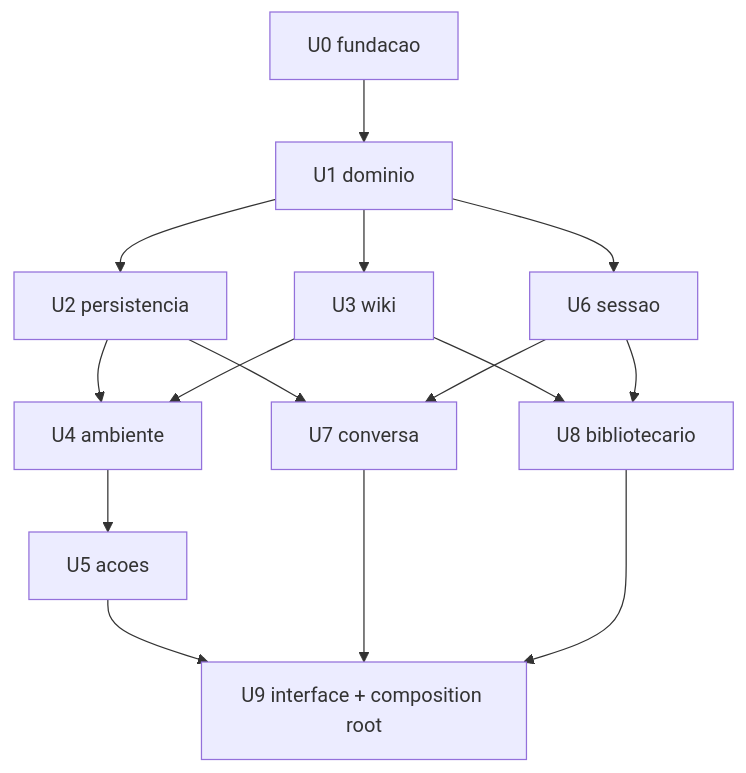
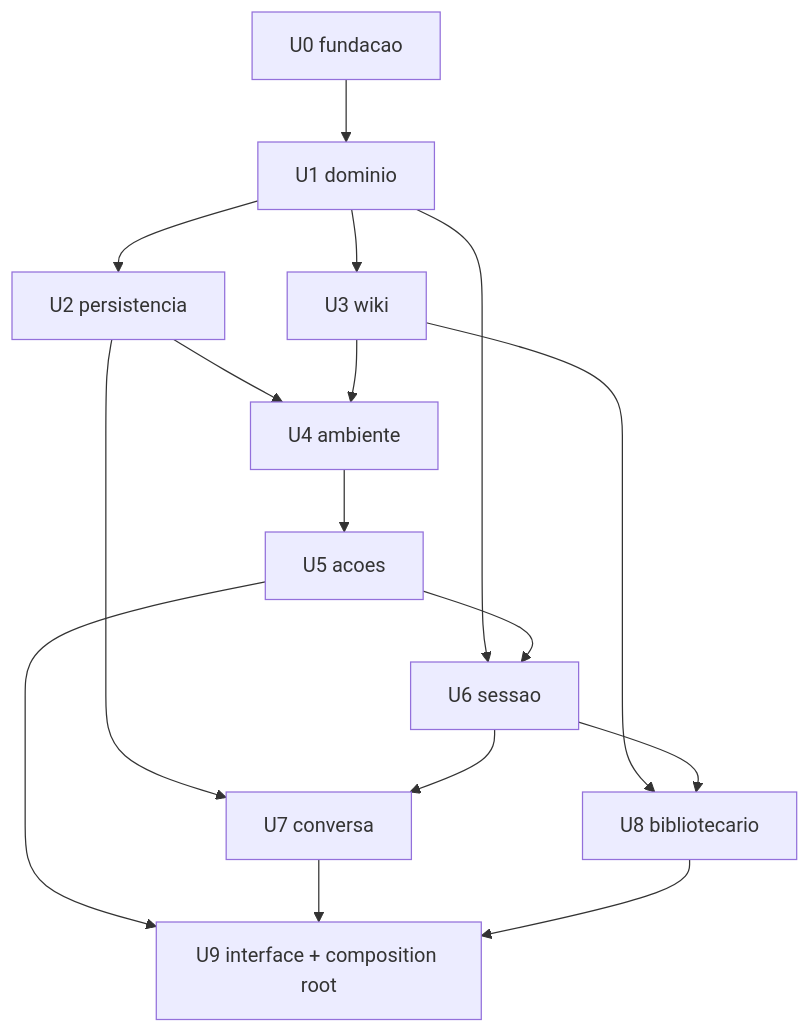
One commit to PedroPintor/FishingRod changed the diagram in aidlc-docs/inception/application-design/unit-of-work-dependency.md. Above: the diagram before and after it, drawn with Mermaid. The commit also changed other lines of this file and 166 other files, not shown here.

````diff
--- a/aidlc-docs/inception/application-design/unit-of-work-dependency.md
+++ b/aidlc-docs/inception/application-design/unit-of-work-dependency.md
@@ -63,28 +71,29 @@
 ```mermaid
 graph TD
     U0["U0 fundacao"]
     U1["U1 dominio"]
     U2["U2 persistencia"]
     U3["U3 wiki"]
     U4["U4 ambiente"]
     U5["U5 acoes"]
     U6["U6 sessao"]
     U7["U7 conversa"]
     U8["U8 bibliotecario"]
     U9["U9 interface + composition root"]
 
     U0 --> U1
     U1 --> U2
     U1 --> U3
     U1 --> U6
     U2 --> U4
     U3 --> U4
     U4 --> U5
+    U5 --> U6
     U2 --> U7
     U6 --> U7
     U3 --> U8
     U6 --> U8
     U5 --> U9
     U7 --> U9
     U8 --> U9
 ```
````
